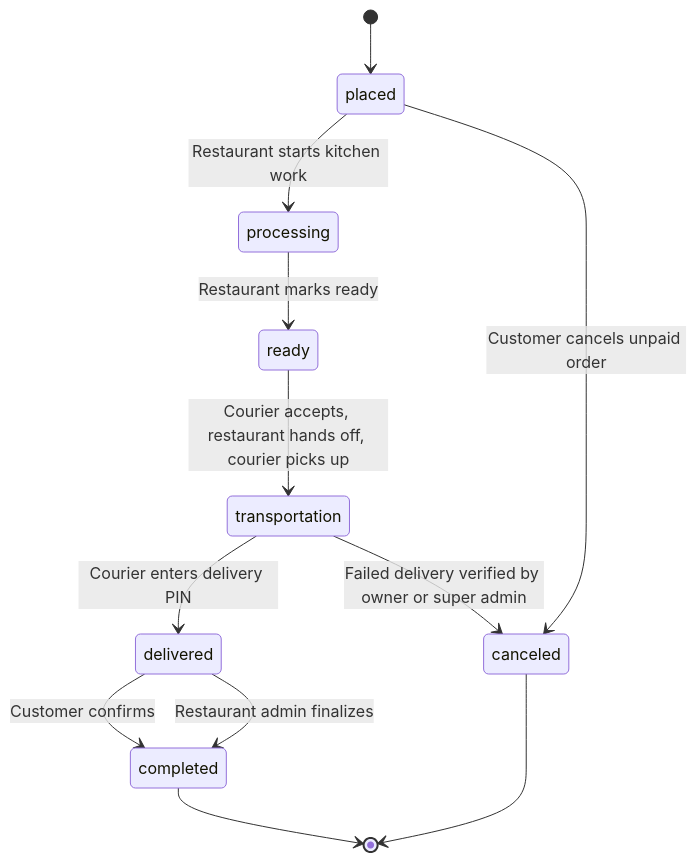
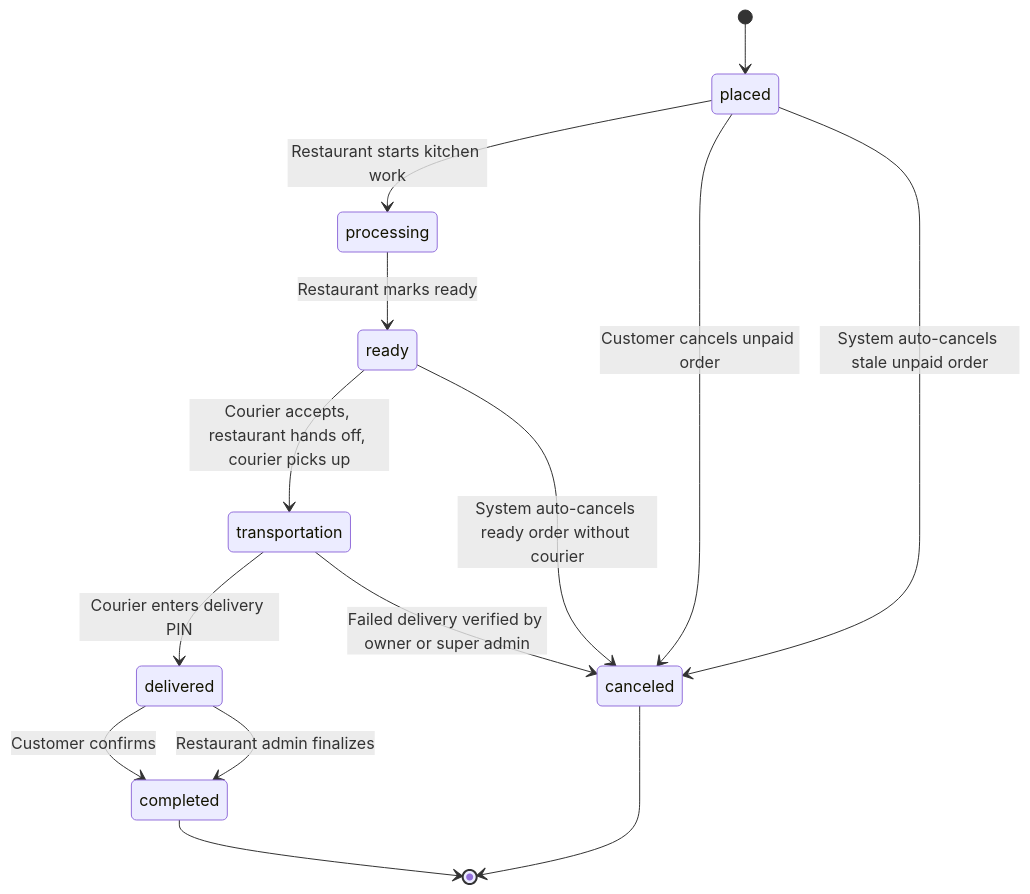
One commit to kimamovic21/food-ordering-app-nextjs-cwd-yt-2023 changed the sixth of 8 diagrams in ARCHITECTURE.md. Above: the diagram before and after it, drawn with Mermaid. The commit also changed other lines of this file and 27 other files, not shown here.

First line of the commit message:
Improve order timeline and dev testing controls

````diff
--- a/ARCHITECTURE.md
+++ b/ARCHITECTURE.md
@@ -181,14 +181,16 @@
 ```mermaid
 stateDiagram-v2
   [*] --> placed
   placed --> processing: Restaurant starts kitchen work
   processing --> ready: Restaurant marks ready
   ready --> transportation: Courier accepts, restaurant hands off, courier picks up
   transportation --> delivered: Courier enters delivery PIN
   transportation --> canceled: Failed delivery verified by owner or super admin
   delivered --> completed: Customer confirms
   delivered --> completed: Restaurant admin finalizes
   placed --> canceled: Customer cancels unpaid order
+  placed --> canceled: System auto-cancels stale unpaid order
+  ready --> canceled: System auto-cancels ready order without courier
   completed --> [*]
   canceled --> [*]
 ```
````
